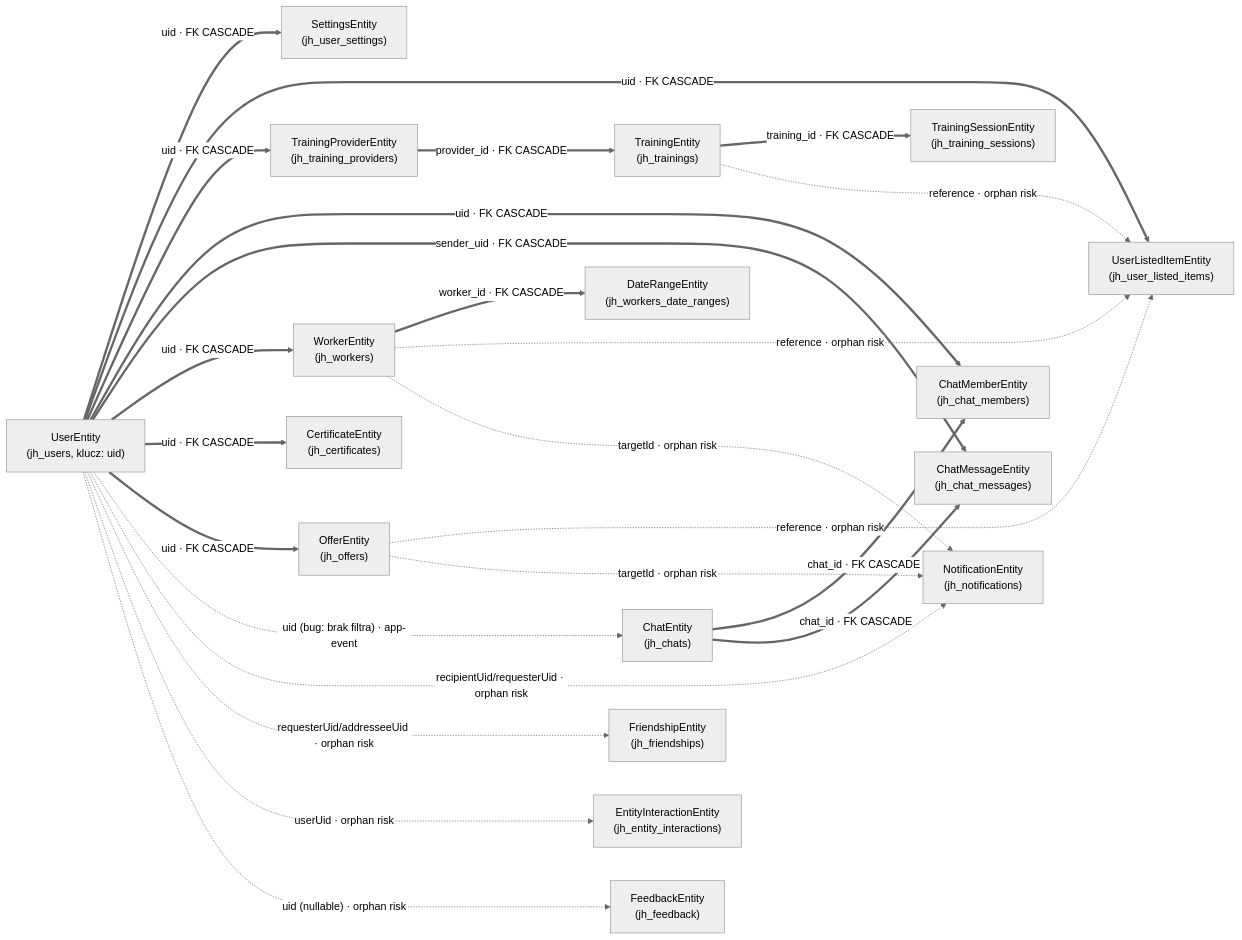
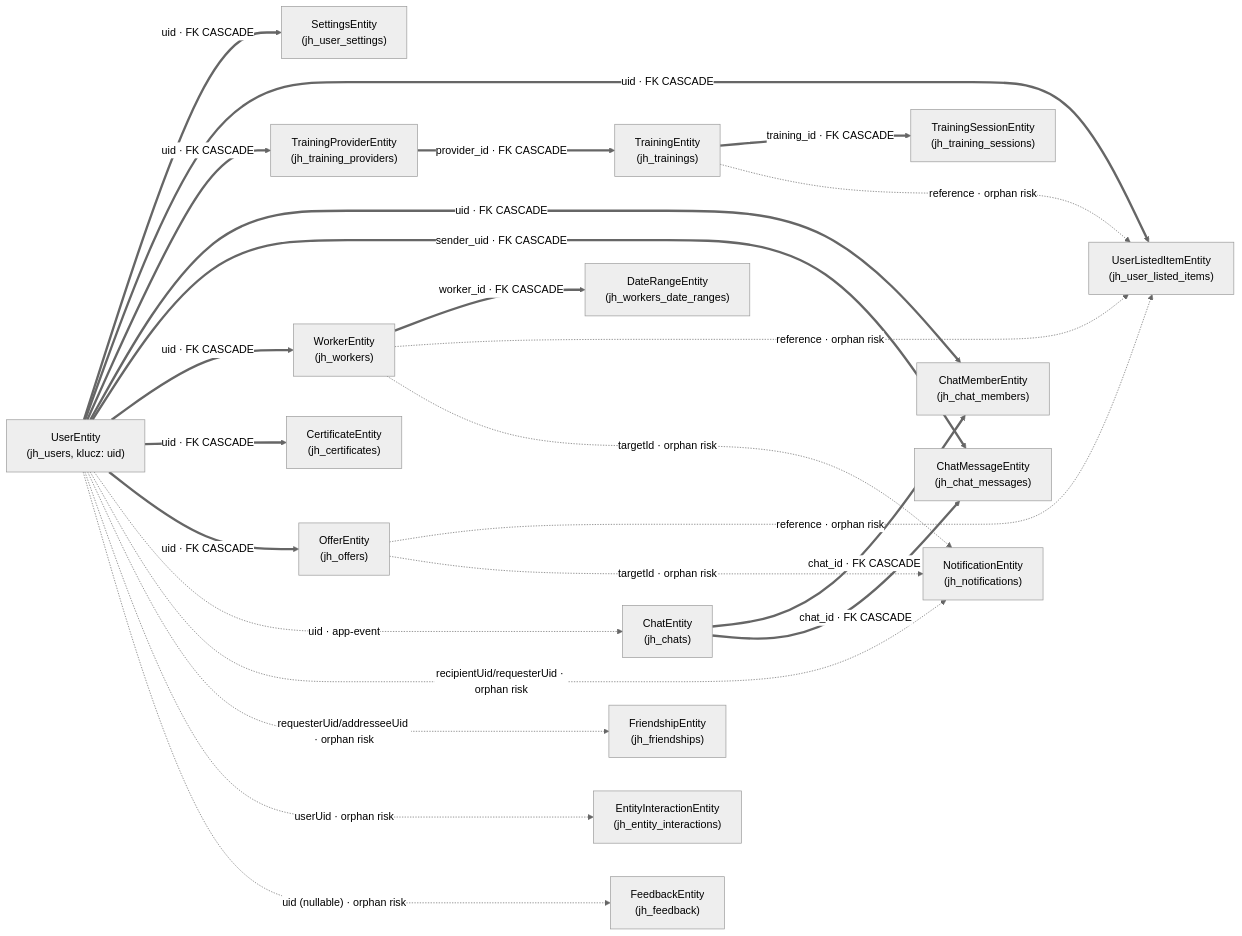
Before and after one commit to pawelmat142/frat: the diagram in docs/entity-relations.md, drawn with Mermaid (neutral theme). The commit also changed other lines of this file and 1 other file, not shown here.

Commit message:
cascades-fix - chat cascade when delete user

````diff
--- a/docs/entity-relations.md
+++ b/docs/entity-relations.md
@@ -18,48 +18,48 @@
 ```mermaid
 graph LR
     User["UserEntity<br/>(jh_users, klucz: uid)"]
     Worker["WorkerEntity<br/>(jh_workers)"]
     DateRange["DateRangeEntity<br/>(jh_workers_date_ranges)"]
     Certificate["CertificateEntity<br/>(jh_certificates)"]
     Settings["SettingsEntity<br/>(jh_user_settings)"]
     Listed["UserListedItemEntity<br/>(jh_user_listed_items)"]
     Chat["ChatEntity<br/>(jh_chats)"]
     ChatMember["ChatMemberEntity<br/>(jh_chat_members)"]
     ChatMessage["ChatMessageEntity<br/>(jh_chat_messages)"]
     Offer["OfferEntity<br/>(jh_offers)"]
     Notification["NotificationEntity<br/>(jh_notifications)"]
     Friendship["FriendshipEntity<br/>(jh_friendships)"]
     Interaction["EntityInteractionEntity<br/>(jh_entity_interactions)"]
     Provider["TrainingProviderEntity<br/>(jh_training_providers)"]
     Training["TrainingEntity<br/>(jh_trainings)"]
     Session["TrainingSessionEntity<br/>(jh_training_sessions)"]
     Feedback["FeedbackEntity<br/>(jh_feedback)"]
 
     User =="uid · FK CASCADE"==> Settings
     User =="uid · FK CASCADE"==> Listed
     User =="uid · FK CASCADE"==> Provider
     User =="uid · FK CASCADE"==> ChatMember
     User =="sender_uid · FK CASCADE"==> ChatMessage
     User =="uid · FK CASCADE"==> Worker
     User =="uid · FK CASCADE"==> Certificate
     User =="uid · FK CASCADE"==> Offer
-    User -."uid (bug: brak filtra) · app-event"..-> Chat
+    User -."uid · app-event"..-> Chat
     User -."recipientUid/requesterUid · orphan risk"..-> Notification
     User -."requesterUid/addresseeUid · orphan risk"..-> Friendship
     User -."userUid · orphan risk"..-> Interaction
     User -."uid (nullable) · orphan risk"..-> Feedback
 
     Worker =="worker_id · FK CASCADE"==> DateRange
 
     Provider =="provider_id · FK CASCADE"==> Training
     Training =="training_id · FK CASCADE"==> Session
 
     Chat =="chat_id · FK CASCADE"==> ChatMember
     Chat =="chat_id · FK CASCADE"==> ChatMessage
 
     Offer -."reference · orphan risk"..-> Listed
     Worker -."reference · orphan risk"..-> Listed
     Training -."reference · orphan risk"..-> Listed
     Offer -."targetId · orphan risk"..-> Notification
     Worker -."targetId · orphan risk"..-> Notification
 ```
````
